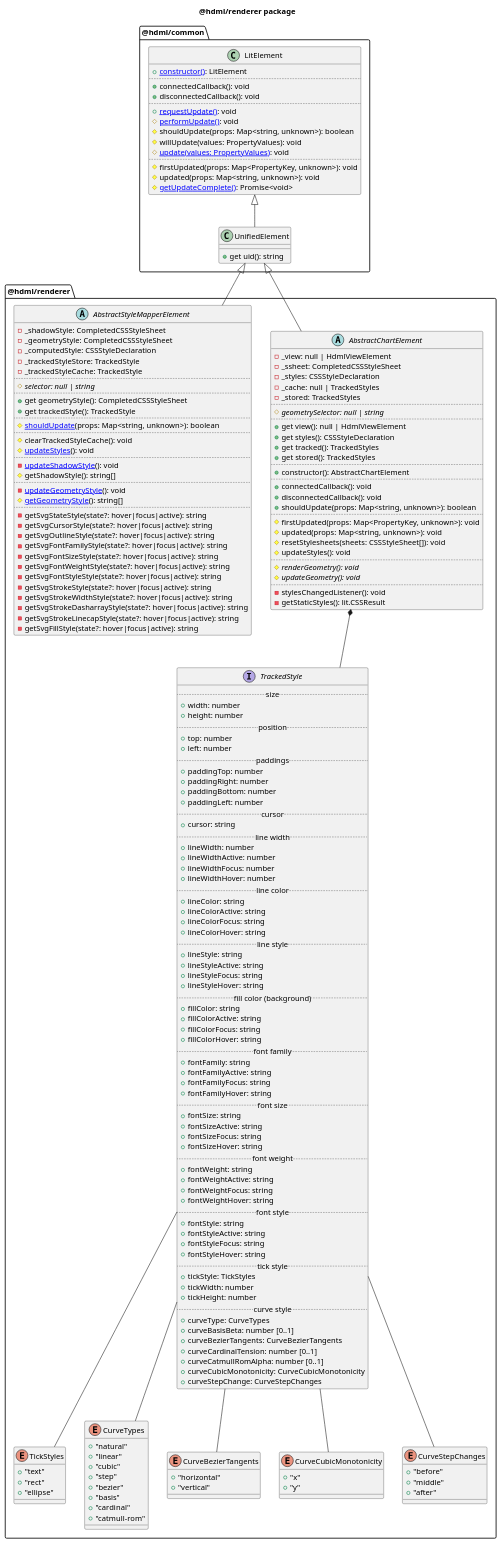
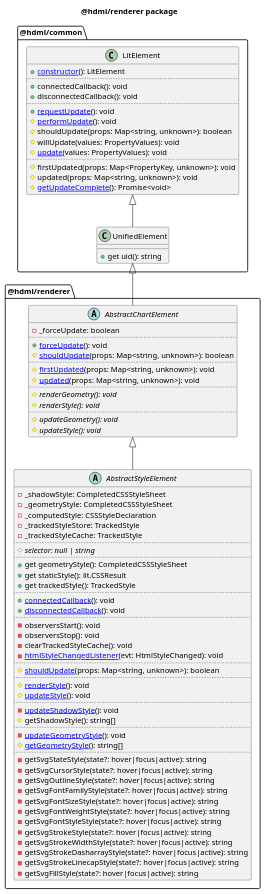
The first of 19 diagrams in puml/renderer.puml (hdml-github/hdml-github.github.io), drawn with PlantUML before and after one commit. The commit also changed other lines of this file and 27 other files, not shown here.

```diff
--- a/puml/renderer.puml
+++ b/puml/renderer.puml
@@ -3,20 +3,20 @@
 
   package "@hdml/common" as common {
     class LitElement [[https://lit.dev/docs/api/LitElement/]] {
-      +[[./LitElement_constructor.svg constructor()]]: LitElement
+      +[[./LitElement_constructor.svg constructor]](): LitElement
       ..
       +connectedCallback(): void
       +disconnectedCallback(): void
       ..
-      +[[./LitElement_requestUpdate.svg requestUpdate()]]: void
-      #[[./LitElement_performUpdate.svg performUpdate()]]: void
+      +[[./LitElement_requestUpdate.svg requestUpdate]](): void
+      #[[./LitElement_performUpdate.svg performUpdate]](): void
       #shouldUpdate(props: Map<string, unknown>): boolean
       #willUpdate(values: PropertyValues): void
-      #[[./LitElement_update.svg update(values: PropertyValues)]]: void
+      #[[./LitElement_update.svg update]](values: PropertyValues): void
       ..
       #firstUpdated(props: Map<PropertyKey, unknown>): void
       #updated(props: Map<string, unknown>): void
-      #[[./LitElement_getUpdateComplete.svg getUpdateComplete()]]: Promise<void>
+      #[[./LitElement_getUpdateComplete.svg getUpdateComplete]](): Promise<void>
     }
 
     class UnifiedElement extends LitElement {
@@ -25,147 +25,164 @@
   }
 
   package "@hdml/renderer" as renderer {
-    enum TickStyles {
-      +"text"
-      +"rect"
-      +"ellipse"
-    }
+    ' enum TickStyles {
+    '   +"text"
+    '   +"rect"
+    '   +"ellipse"
+    ' }
 
-    enum CurveTypes {
-      +"natural"
-      +"linear"
-      +"cubic"
-      +"step"
-      +"bezier"
-      +"basis"
-      +"cardinal"
-      +"catmull-rom"
-    }
+    ' enum CurveTypes {
+    '   +"natural"
+    '   +"linear"
+    '   +"cubic"
+    '   +"step"
+    '   +"bezier"
+    '   +"basis"
+    '   +"cardinal"
+    '   +"catmull-rom"
+    ' }
 
-    enum CurveBezierTangents {
-      +"horizontal"
-      +"vertical"
-    }
+    ' enum CurveBezierTangents {
+    '   +"horizontal"
+    '   +"vertical"
+    ' }
 
-    enum CurveCubicMonotonicity {
-      +"x"
-      +"y"
-    }
+    ' enum CurveCubicMonotonicity {
+    '   +"x"
+    '   +"y"
+    ' }
 
-    enum CurveStepChanges {
-      +"before"
-      +"middle"
-      +"after"
-    }
+    ' enum CurveStepChanges {
+    '   +"before"
+    '   +"middle"
+    '   +"after"
+    ' }
 
-    interface TrackedStyle {
-      ..size..
-      +width: number
-      +height: number
-      ..position..
-      +top: number
-      +left: number
-      ..paddings..
-      +paddingTop: number
-      +paddingRight: number
-      +paddingBottom: number
-      +paddingLeft: number
-      ..cursor..
-      +cursor: string
-      ..line width..
-      +lineWidth: number
-      +lineWidthActive: number
-      +lineWidthFocus: number
-      +lineWidthHover: number
-      ..line color..
-      +lineColor: string
-      +lineColorActive: string
-      +lineColorFocus: string
-      +lineColorHover: string
-      ..line style..
-      +lineStyle: string
-      +lineStyleActive: string
-      +lineStyleFocus: string
-      +lineStyleHover: string
-      ..fill color (background)..
-      +fillColor: string
-      +fillColorActive: string
-      +fillColorFocus: string
-      +fillColorHover: string
-      ..font family..
-      +fontFamily: string
-      +fontFamilyActive: string
-      +fontFamilyFocus: string
-      +fontFamilyHover: string
-      ..font size..
-      +fontSize: string
-      +fontSizeActive: string
-      +fontSizeFocus: string
-      +fontSizeHover: string
-      ..font weight..
-      +fontWeight: string
-      +fontWeightActive: string
-      +fontWeightFocus: string
-      +fontWeightHover: string
-      ..font style..
-      +fontStyle: string
-      +fontStyleActive: string
-      +fontStyleFocus: string
-      +fontStyleHover: string
-      ..tick style..
-      +tickStyle: TickStyles
-      +tickWidth: number
-      +tickHeight: number
-      ..curve style..
-      +curveType: CurveTypes
-      +curveBasisBeta: number [0..1]
-      +curveBezierTangents: CurveBezierTangents
-      +curveCardinalTension: number [0..1]
-      +curveCatmullRomAlpha: number [0..1]
-      +curveCubicMonotonicity: CurveCubicMonotonicity
-      +curveStepChange: CurveStepChanges
-    }
-    TrackedStyle -- TickStyles
-    TrackedStyle -- CurveTypes
-    TrackedStyle -- CurveBezierTangents
-    TrackedStyle -- CurveCubicMonotonicity
-    TrackedStyle -- CurveStepChanges
+    ' interface TrackedStyle {
+    '   ..size..
+    '   +width: number
+    '   +height: number
+    '   ..position..
+    '   +top: number
+    '   +left: number
+    '   ..paddings..
+    '   +paddingTop: number
+    '   +paddingRight: number
+    '   +paddingBottom: number
+    '   +paddingLeft: number
+    '   ..cursor..
+    '   +cursor: string
+    '   ..line width..
+    '   +lineWidth: number
+    '   +lineWidthActive: number
+    '   +lineWidthFocus: number
+    '   +lineWidthHover: number
+    '   ..line color..
+    '   +lineColor: string
+    '   +lineColorActive: string
+    '   +lineColorFocus: string
+    '   +lineColorHover: string
+    '   ..line style..
+    '   +lineStyle: string
+    '   +lineStyleActive: string
+    '   +lineStyleFocus: string
+    '   +lineStyleHover: string
+    '   ..fill color (background)..
+    '   +fillColor: string
+    '   +fillColorActive: string
+    '   +fillColorFocus: string
+    '   +fillColorHover: string
+    '   ..font family..
+    '   +fontFamily: string
+    '   +fontFamilyActive: string
+    '   +fontFamilyFocus: string
+    '   +fontFamilyHover: string
+    '   ..font size..
+    '   +fontSize: string
+    '   +fontSizeActive: string
+    '   +fontSizeFocus: string
+    '   +fontSizeHover: string
+    '   ..font weight..
+    '   +fontWeight: string
+    '   +fontWeightActive: string
+    '   +fontWeightFocus: string
+    '   +fontWeightHover: string
+    '   ..font style..
+    '   +fontStyle: string
+    '   +fontStyleActive: string
+    '   +fontStyleFocus: string
+    '   +fontStyleHover: string
+    '   ..tick style..
+    '   +tickStyle: TickStyles
+    '   +tickWidth: number
+    '   +tickHeight: number
+    '   ..curve style..
+    '   +curveType: CurveTypes
+    '   +curveBasisBeta: number [0..1]
+    '   +curveBezierTangents: CurveBezierTangents
+    '   +curveCardinalTension: number [0..1]
+    '   +curveCatmullRomAlpha: number [0..1]
+    '   +curveCubicMonotonicity: CurveCubicMonotonicity
+    '   +curveStepChange: CurveStepChanges
+    ' }
+    ' TrackedStyle -- TickStyles
+    ' TrackedStyle -- CurveTypes
+    ' TrackedStyle -- CurveBezierTangents
+    ' TrackedStyle -- CurveCubicMonotonicity
+    ' TrackedStyle -- CurveStepChanges
+
+    ' abstract class AbstractChartElement {
+    '   -_view: null | HdmlViewElement
+    '   -_ssheet: CompletedCSSStyleSheet
+    '   -_styles: CSSStyleDeclaration
+    '   -_cache: null | TrackedStyles
+    '   -_stored: TrackedStyles
+    '   ..
+    '   #{abstract} geometrySelector: null | string
+    '   ..
+    '   +get view(): null | HdmlViewElement
+    '   +get styles(): CSSStyleDeclaration
+    '   +get tracked(): TrackedStyles
+    '   +get stored(): TrackedStyles
+    '   ..
+    '   +constructor(): AbstractChartElement
+    '   ..
+    '   +connectedCallback(): void
+    '   +disconnectedCallback(): void
+    '   +shouldUpdate(props: Map<string, unknown>): boolean
+    '   ..
+    '   #firstUpdated(props: Map<PropertyKey, unknown>): void
+    '   #updated(props: Map<string, unknown>): void
+    '   #resetStylesheets(sheets: CSSStyleSheet[]): void
+    '   #updateStyles(): void
+    '   ..
+    '   #{abstract} renderGeometry(): void
+    '   #{abstract} updateGeometry(): void
+    '   ..
+    '   -stylesChangedListener(): void
+    '   -getStaticStyles(): lit.CSSResult
+    ' }
+    ' UnifiedElement <|-- AbstractChartElement
+    ' AbstractChartElement *-- TrackedStyle
 
     abstract class AbstractChartElement {
-      -_view: null | HdmlViewElement
-      -_ssheet: CompletedCSSStyleSheet
-      -_styles: CSSStyleDeclaration
-      -_cache: null | TrackedStyles
-      -_stored: TrackedStyles
+      -_forceUpdate: boolean
       ..
-      #{abstract} geometrySelector: null | string
+      +[[./AbstractChartElement_forceUpdate.svg forceUpdate]](): void
+      #[[./AbstractChartElement_shouldUpdate.svg shouldUpdate]](props: Map<string, unknown>): boolean
       ..
-      +get view(): null | HdmlViewElement
-      +get styles(): CSSStyleDeclaration
-      +get tracked(): TrackedStyles
-      +get stored(): TrackedStyles
-      ..
-      +constructor(): AbstractChartElement
-      ..
-      +connectedCallback(): void
-      +disconnectedCallback(): void
-      +shouldUpdate(props: Map<string, unknown>): boolean
-      ..
-      #firstUpdated(props: Map<PropertyKey, unknown>): void
-      #updated(props: Map<string, unknown>): void
-      #resetStylesheets(sheets: CSSStyleSheet[]): void
-      #updateStyles(): void
+      #[[./AbstractChartElement_firstUpdated.svg firstUpdated]](props: Map<string, unknown>): void
+      #[[./AbstractChartElement_updated.svg updated]](props: Map<string, unknown>): void
       ..
       #{abstract} renderGeometry(): void
+      #{abstract} renderStyle(): void
+      ..
       #{abstract} updateGeometry(): void
-      ..
-      -stylesChangedListener(): void
-      -getStaticStyles(): lit.CSSResult
+      #{abstract} updateStyle(): void
     }
     UnifiedElement <|-- AbstractChartElement
-    AbstractChartElement *-- TrackedStyle
 
-    abstract class AbstractStyleMapperElement {
+    abstract class AbstractStyleElement {
       -_shadowStyle: CompletedCSSStyleSheet
       -_geometryStyle: CompletedCSSStyleSheet
       -_computedStyle: CSSStyleDeclaration
@@ -175,18 +192,27 @@
       #{abstract} selector: null | string
       ..
       +get geometryStyle(): CompletedCSSStyleSheet
+      +get staticStyle(): lit.CSSResult
       +get trackedStyle(): TrackedStyle
       ..
-      #[[./AbstractStyleMapperElement_shouldUpdate.svg shouldUpdate]](props: Map<string, unknown>): boolean
+      +[[./AbstractStyleElement_connectedCallback.svg connectedCallback]](): void
+      +[[./AbstractStyleElement_disconnectedCallback.svg disconnectedCallback]](): void
       ..
-      #clearTrackedStyleCache(): void
-      #[[AbstractStyleMapperElement_updateStyles.svg updateStyles]](): void
+      -observersStart(): void
+      -observersStop(): void
+      -clearTrackedStyleCache(): void
+      -[[./AbstractStyleElement_htmlStyleChangedListener.svg htmlStyleChangedListener]](evt: HtmlStyleChanged): void
       ..
-      -[[AbstractStyleMapperElement_updateShadowStyle.svg updateShadowStyle]](): void
+      #[[./AbstractStyleElement_shouldUpdate.svg shouldUpdate]](props: Map<string, unknown>): boolean
+      ..
+      #[[./AbstractStyleElement_renderStyle.svg renderStyle]](): void
+      #[[./AbstractStyleElement_updateStyle.svg updateStyle]](): void
+      ..
+      -[[./AbstractStyleElement_updateShadowStyle.svg updateShadowStyle]](): void
       #getShadowStyle(): string[]
       ..
-      -[[./AbstractStyleMapperElement_updateGeometryStyle.svg updateGeometryStyle]](): void
-      #[[./AbstractStyleMapperElement_getGeometryStyle.svg getGeometryStyle]](): string[]
+      -[[./AbstractStyleElement_updateGeometryStyle.svg updateGeometryStyle]](): void
+      #[[./AbstractStyleElement_getGeometryStyle.svg getGeometryStyle]](): string[]
       ..
       -getSvgStateStyle(state?: hover|focus|active): string
       -getSvgCursorStyle(state?: hover|focus|active): string
@@ -201,6 +227,6 @@
       -getSvgStrokeLinecapStyle(state?: hover|focus|active): string
       -getSvgFillStyle(state?: hover|focus|active): string
     }
-    UnifiedElement <|-- AbstractStyleMapperElement
+    AbstractChartElement <|-- AbstractStyleElement
   }
 @enduml
```
